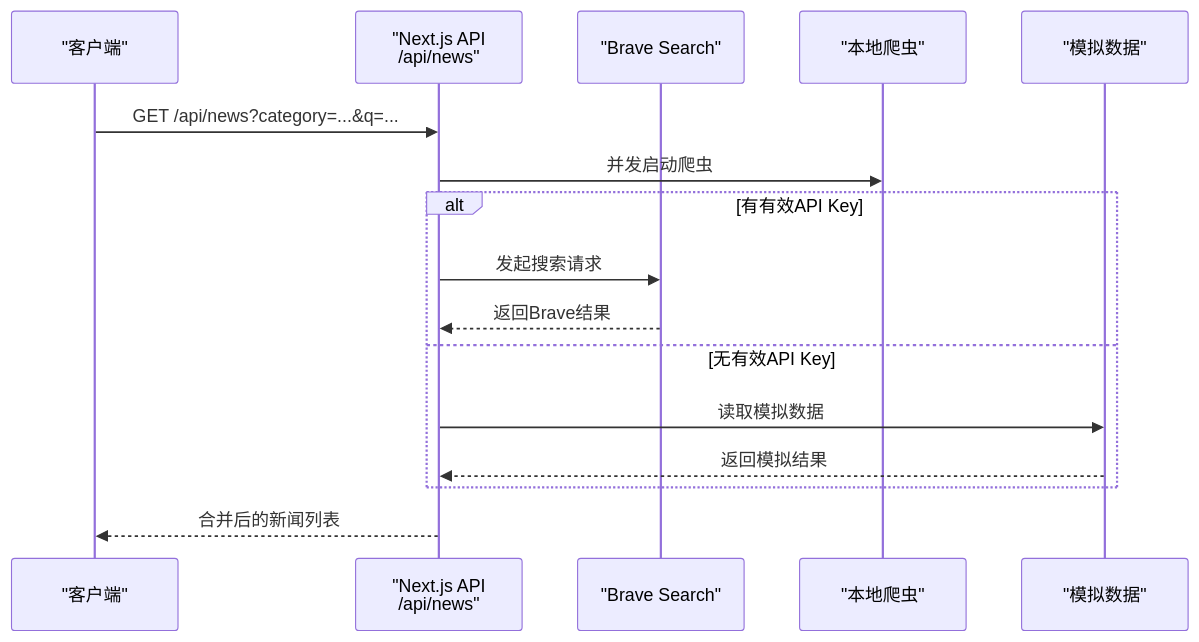
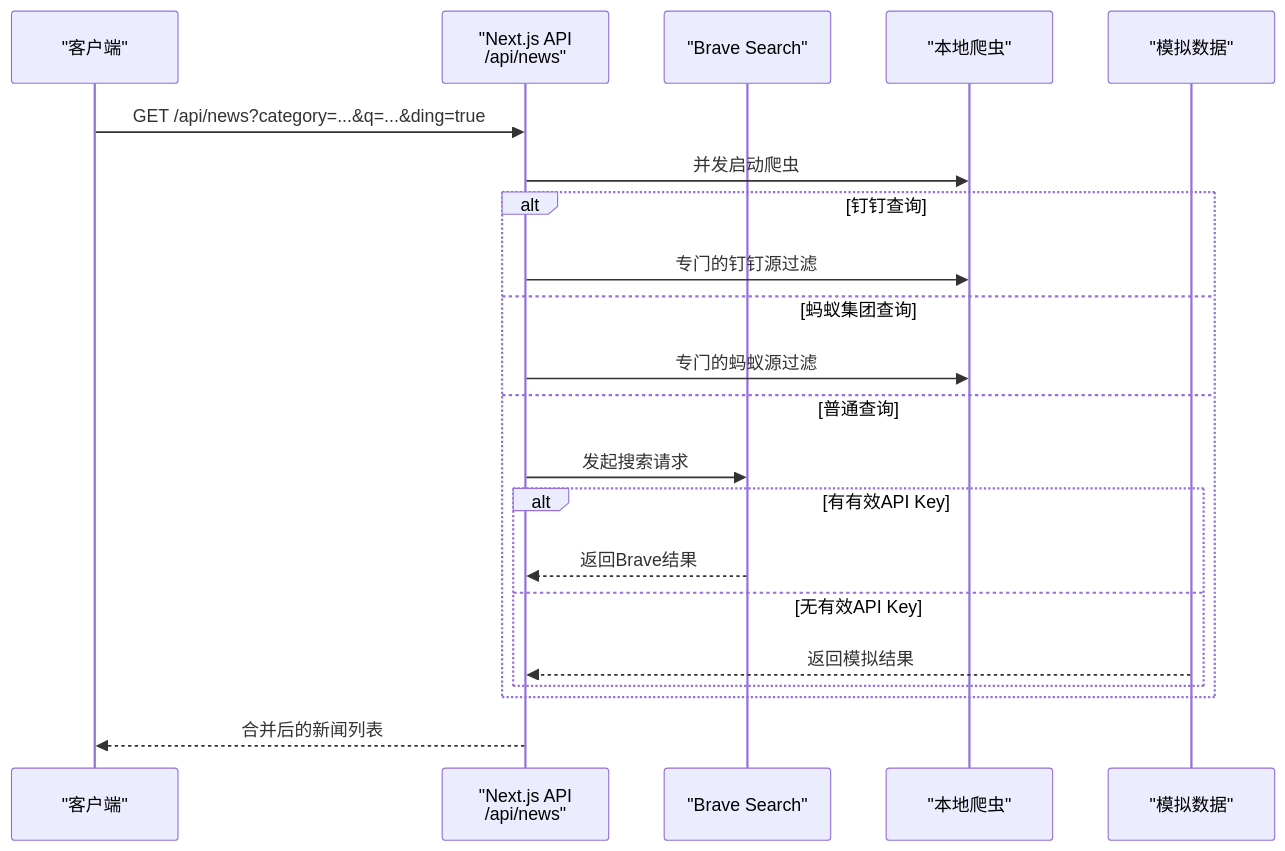
One commit to zuozuoliu740-cmd/xianxiong-news changed the sixth of 8 diagrams in .qoder/repowiki/zh/content/部署和运维/Docker容器化部署.md. Above: the diagram before and after it, drawn with Mermaid. The commit also changed other lines of this file and 11 other files, not shown here.

````diff
--- a/.qoder/repowiki/zh/content/部署和运维/Docker容器化部署.md
+++ b/.qoder/repowiki/zh/content/部署和运维/Docker容器化部署.md
@@ -207,18 +286,23 @@
 ```mermaid
 sequenceDiagram
 participant Client as "客户端"
 participant API as "Next.js API<br/>/api/news"
 participant Brave as "Brave Search"
 participant Scraper as "本地爬虫"
 participant Mock as "模拟数据"
-Client->>API : GET /api/news?category=...&q=...
+Client->>API : GET /api/news?category=...&q=...&ding=true
 API->>Scraper : 并发启动爬虫
+alt 钉钉查询
+API->>Scraper : 专门的钉钉源过滤
+else 蚂蚁集团查询
+API->>Scraper : 专门的蚂蚁源过滤
+else 普通查询
+API->>Brave : 发起搜索请求
 alt 有有效API Key
-API->>Brave : 发起搜索请求
 Brave-->>API : 返回Brave结果
 else 无有效API Key
-API->>Mock : 读取模拟数据
 Mock-->>API : 返回模拟结果
+end
 end
 API-->>Client : 合并后的新闻列表
 ```
````
